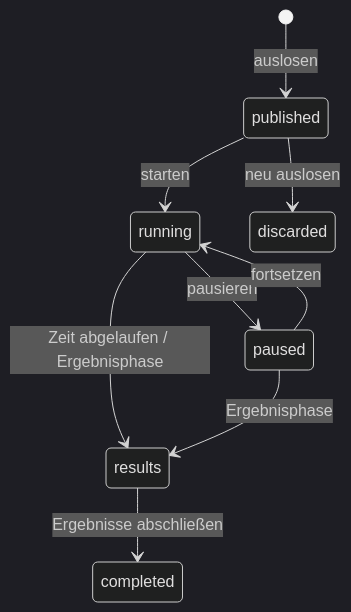
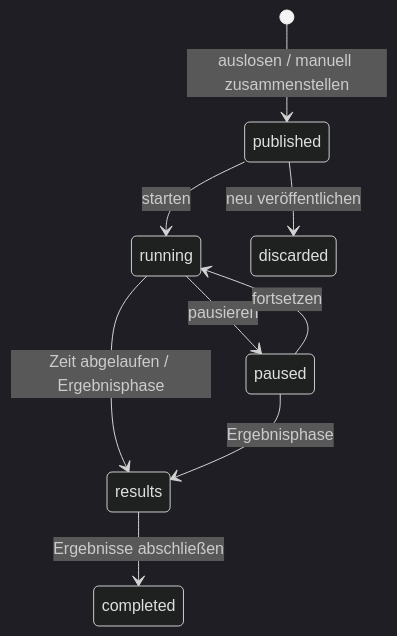
The third of 5 diagrams in docs/ARCHITEKTUR.md (klingge/Schleifchenturnier), drawn with Mermaid (dark theme) before and after one commit. The commit also changed other lines of this file and 52 other files, not shown here.

````diff
--- a/docs/ARCHITEKTUR.md
+++ b/docs/ARCHITEKTUR.md
@@ -99,11 +107,11 @@
 ```mermaid
 stateDiagram-v2
-    [*] --> published: auslosen
+    [*] --> published: auslosen / manuell zusammenstellen
     published --> running: starten
     running --> paused: pausieren
     paused --> running: fortsetzen
     running --> results: Zeit abgelaufen / Ergebnisphase
     paused --> results: Ergebnisphase
     results --> completed: Ergebnisse abschließen
-    published --> discarded: neu auslosen
+    published --> discarded: neu veröffentlichen
 ```
````
